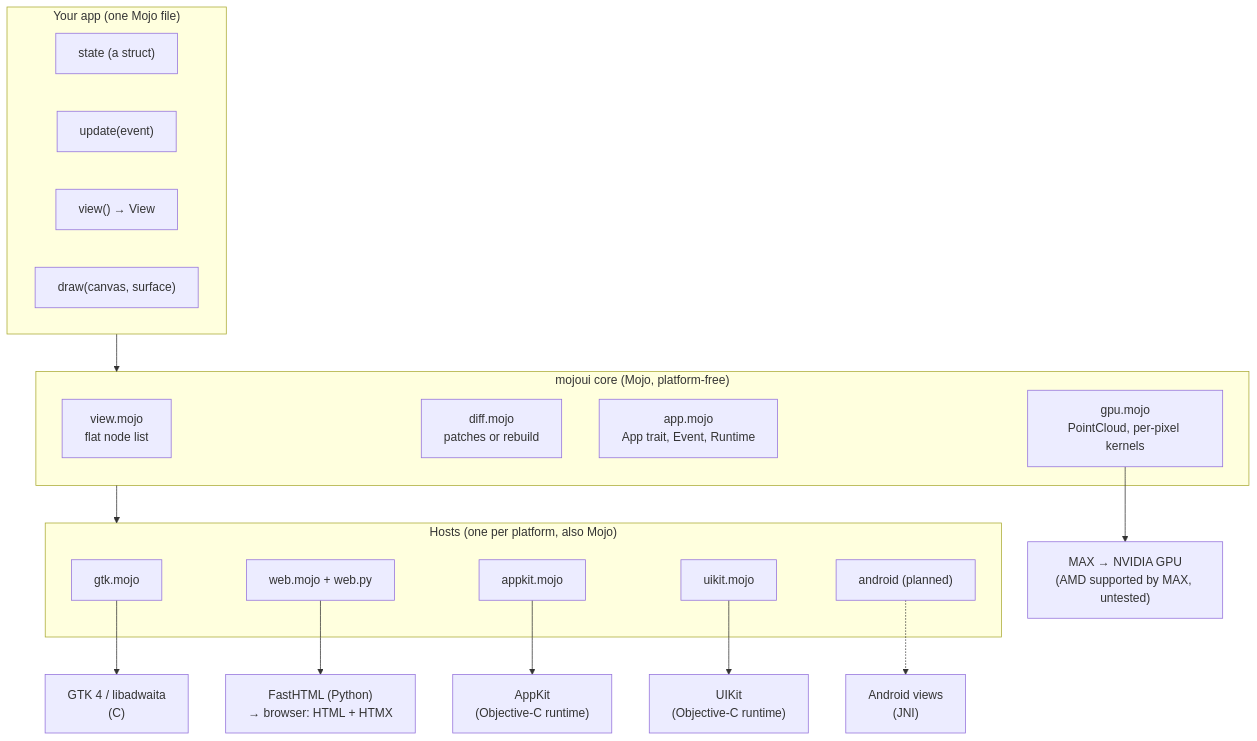
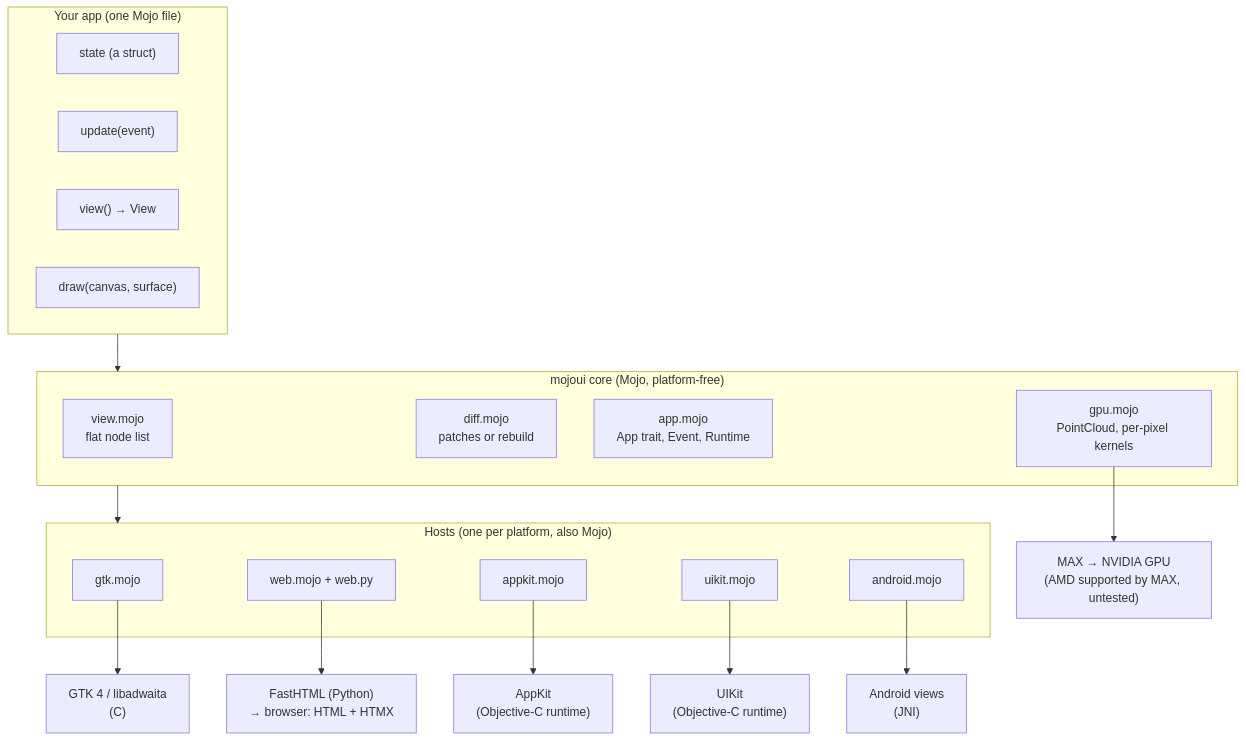
Before and after one commit to abhisheksreesaila/mxapp: the first of 3 diagrams in docs/architecture.md, drawn with Mermaid. The commit also changed other lines of this file and 16 other files, not shown here.

````diff
--- a/docs/architecture.md
+++ b/docs/architecture.md
@@ -7,30 +7,30 @@
 ```mermaid
 flowchart TB
     subgraph app["Your app (one Mojo file)"]
         S["state (a struct)"]
         U["update(event)"]
         V["view() → View"]
         D["draw(canvas, surface)"]
     end
     subgraph core["mojoui core (Mojo, platform-free)"]
         VT["view.mojo<br/>flat node list"]
         DF["diff.mojo<br/>patches or rebuild"]
         RT["app.mojo<br/>App trait, Event, Runtime"]
         GPU["gpu.mojo<br/>PointCloud, per-pixel kernels"]
     end
     subgraph hosts["Hosts (one per platform, also Mojo)"]
         GTK["gtk.mojo"]
         WEB["web.mojo + web.py"]
         AK["appkit.mojo"]
         UK["uikit.mojo"]
-        AN["android (planned)"]
+        AN["android.mojo"]
     end
     app --> core
     core --> hosts
     GTK --> L["GTK 4 / libadwaita<br/>(C)"]
     WEB --> P["FastHTML (Python)<br/>→ browser: HTML + HTMX"]
     AK --> AP["AppKit<br/>(Objective-C runtime)"]
     UK --> IP["UIKit<br/>(Objective-C runtime)"]
-    AN -.-> JN["Android views<br/>(JNI)"]
+    AN --> JN["Android views<br/>(JNI)"]
     GPU --> MAX["MAX → NVIDIA GPU<br/>(AMD supported by MAX, untested)"]
 ```
````
